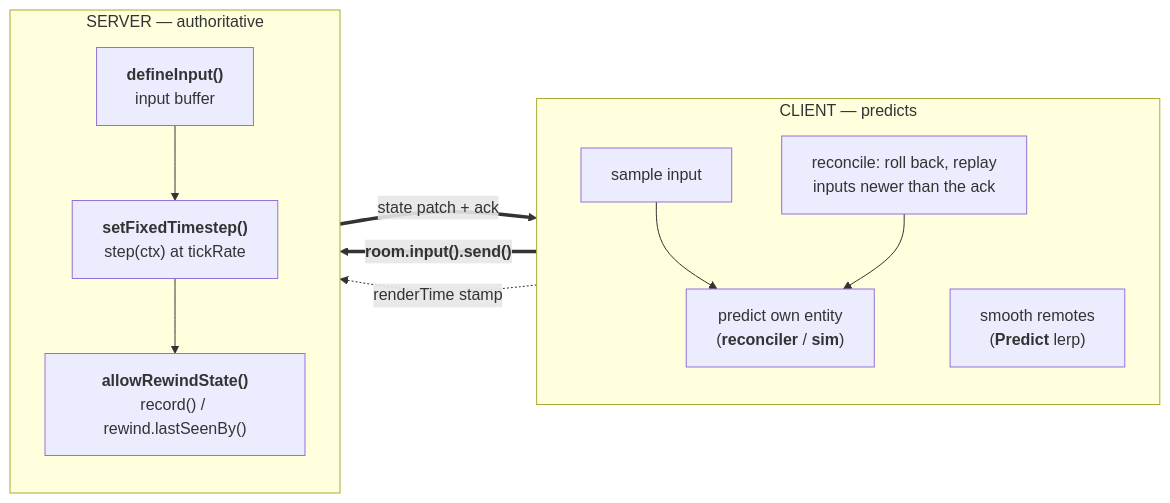
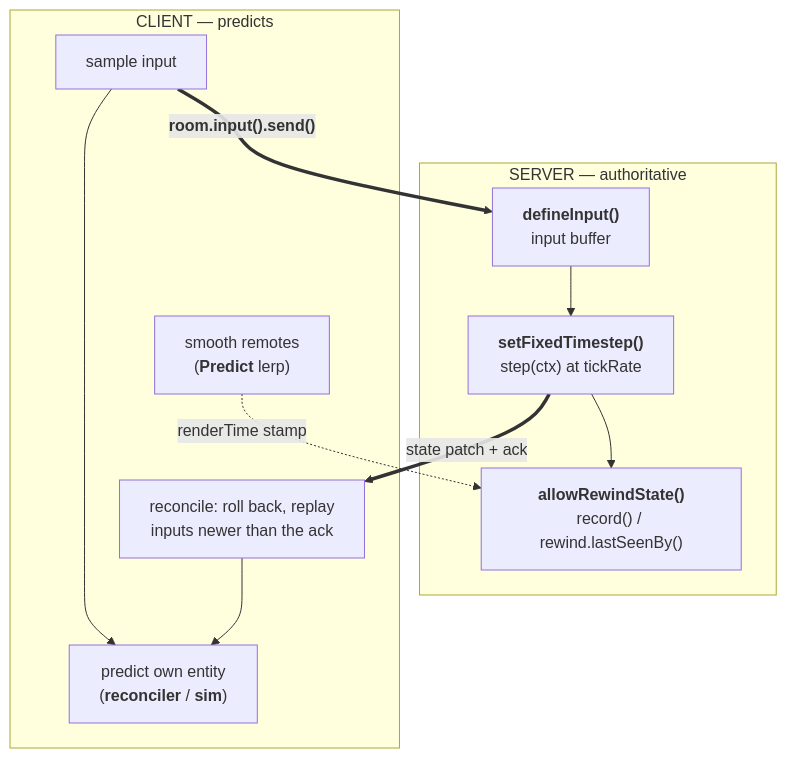
The diagram in pages/netcode.mdx (colyseus/docs), drawn with Mermaid before and after one commit.

Commit message:
docs(netcode): lay the loop diagram out vertically
flowchart LR sprawled ~1700px wide with the subgraphs stacked — the
per-subgraph `direction TB` is ignored once a subgraph has external
edges. Global TB yields two side-by-side columns (~780px) with the
loop flowing down each; SERVER declared first so CLIENT lands on the
left column, matching the old ASCII orientation. Verified rendered
via mermaid.ink.

````diff
--- a/pages/netcode.mdx
+++ b/pages/netcode.mdx
@@ -29,25 +29,23 @@
 ```mermaid
-flowchart LR
+flowchart TB
+    subgraph S["SERVER — authoritative"]
+        buffer["<b>defineInput()</b><br/>input buffer"]
+        step["<b>setFixedTimestep()</b><br/>step(ctx) at tickRate"]
+        rewind["<b>allowRewindState()</b><br/>record() / rewind.lastSeenBy()"]
+    end
+
     subgraph C["CLIENT — predicts"]
-        direction TB
         input["sample input"]
         predict["predict own entity<br/>(<b>reconciler</b> / <b>sim</b>)"]
         reconcile["reconcile: roll back, replay<br/>inputs newer than the ack"]
         remotes["smooth remotes<br/>(<b>Predict</b> lerp)"]
     end
 
-    subgraph S["SERVER — authoritative"]
-        direction TB
-        buffer["<b>defineInput()</b><br/>input buffer"]
-        step["<b>setFixedTimestep()</b><br/>step(ctx) at tickRate"]
-        rewind["<b>allowRewindState()</b><br/>record() / rewind.lastSeenBy()"]
-    end
-
     input --> predict
-    reconcile --> predict
     input ==>|"<b>room.input().send()</b>"| buffer
     buffer --> step
     step --> rewind
     step ==>|"state patch + ack"| reconcile
+    reconcile --> predict
     remotes -.->|"renderTime stamp"| rewind
 ```
````
